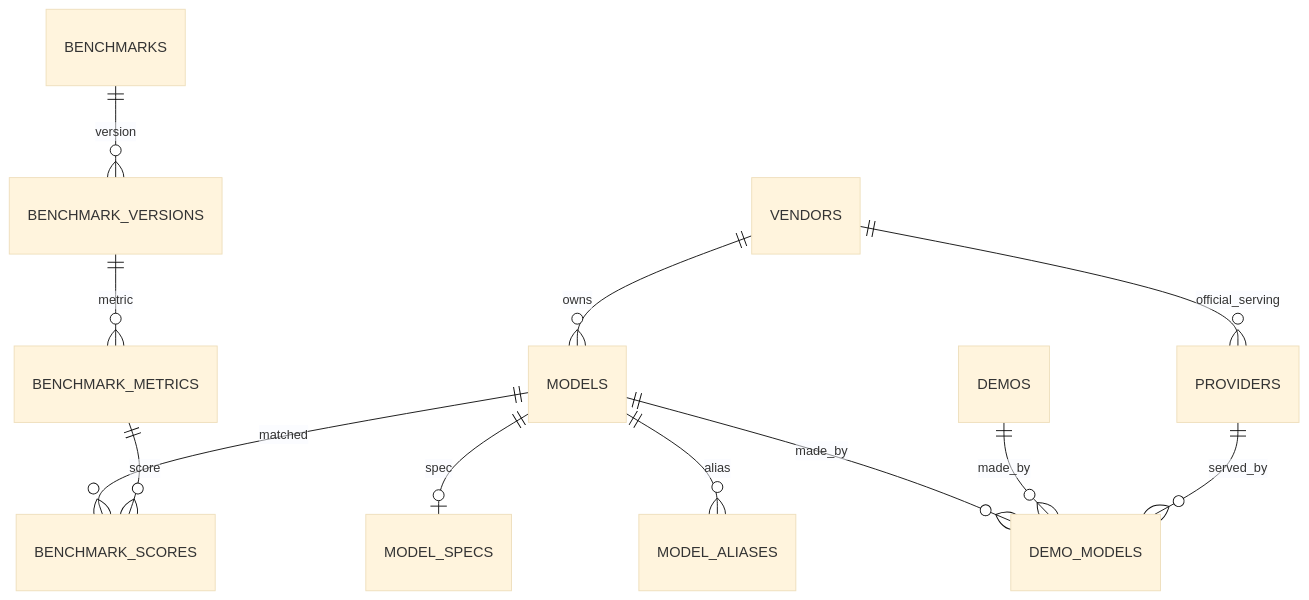
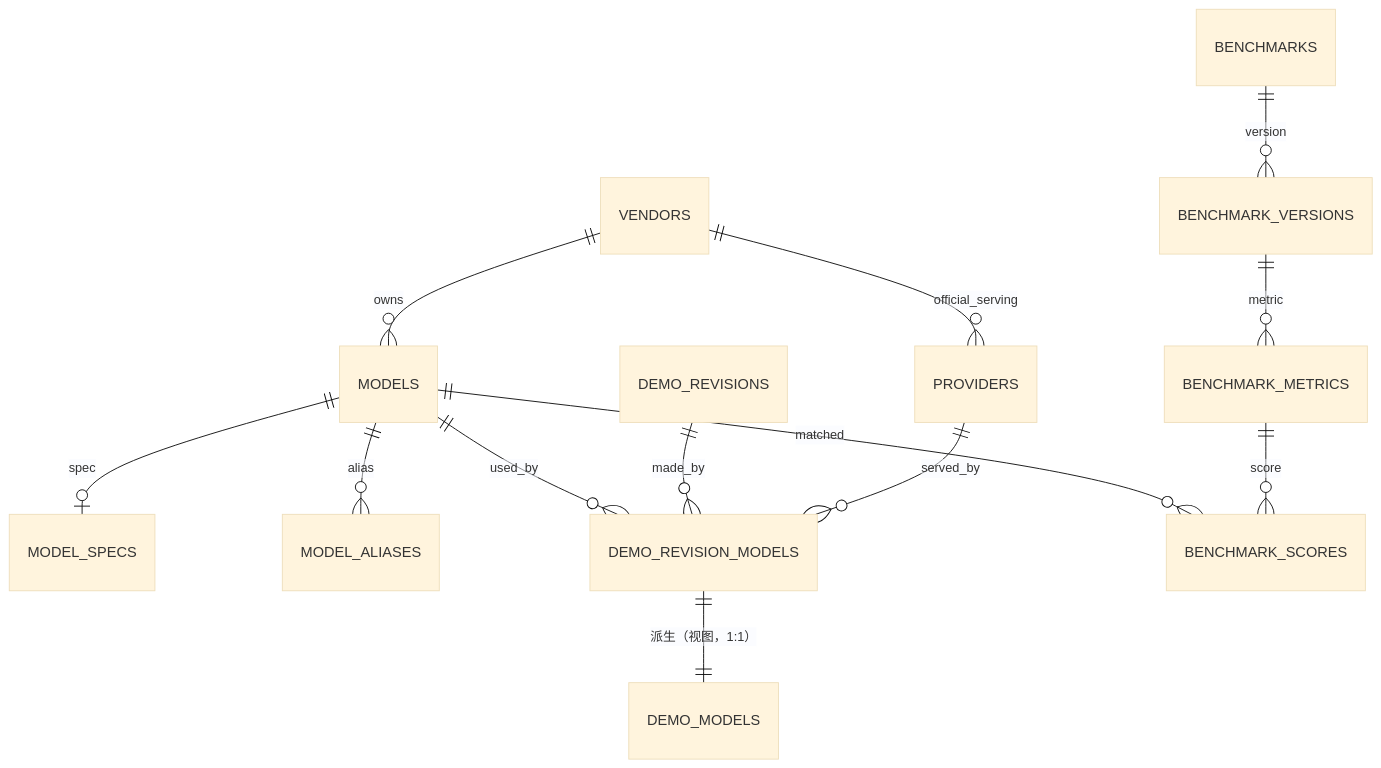
One commit to deepdemos/ds-demos-showcase changed the first of 14 diagrams in docs/模型域设计.md. Above: the diagram before and after it, drawn with Mermaid (base theme). The commit also changed other lines of this file and 36 other files, not shown here.

````diff
--- a/docs/模型域设计.md
+++ b/docs/模型域设计.md
@@ -77,14 +86,16 @@
 ```mermaid
 erDiagram
+    %% DEMO_REVISIONS / DEMOS 是 Demo 域的实体，此处只画关系
     VENDORS ||--o{ MODELS : owns
     MODELS ||--o| MODEL_SPECS : spec
     MODELS ||--o{ MODEL_ALIASES : alias
-    MODELS ||--o{ DEMO_MODELS : made_by
-    DEMOS ||--o{ DEMO_MODELS : made_by
+    MODELS ||--o{ DEMO_REVISION_MODELS : used_by
+    DEMO_REVISIONS ||--o{ DEMO_REVISION_MODELS : made_by
     VENDORS ||--o{ PROVIDERS : official_serving
-    PROVIDERS ||--o{ DEMO_MODELS : served_by
+    PROVIDERS ||--o{ DEMO_REVISION_MODELS : served_by
+    DEMO_REVISION_MODELS ||--|| DEMO_MODELS : "派生（视图，1:1）"
     MODELS ||--o{ BENCHMARK_SCORES : matched
     BENCHMARKS ||--o{ BENCHMARK_VERSIONS : version
     BENCHMARK_VERSIONS ||--o{ BENCHMARK_METRICS : metric
     BENCHMARK_METRICS ||--o{ BENCHMARK_SCORES : score
 ```
````
